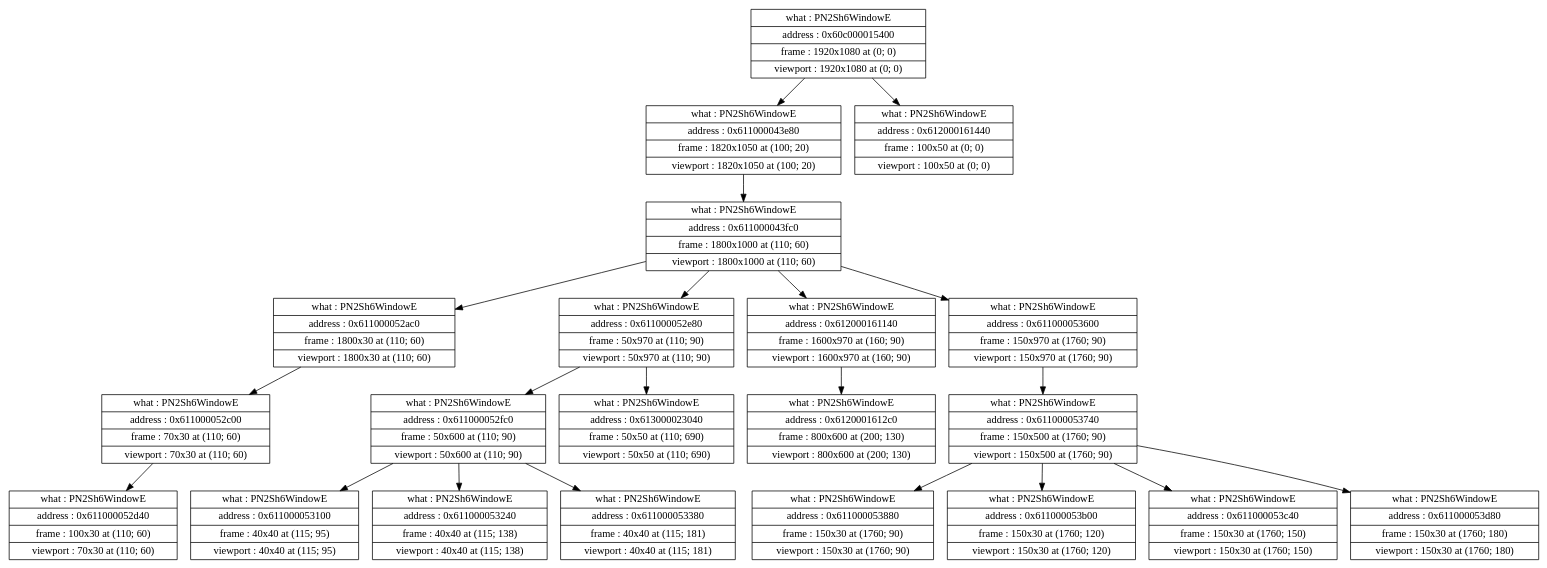
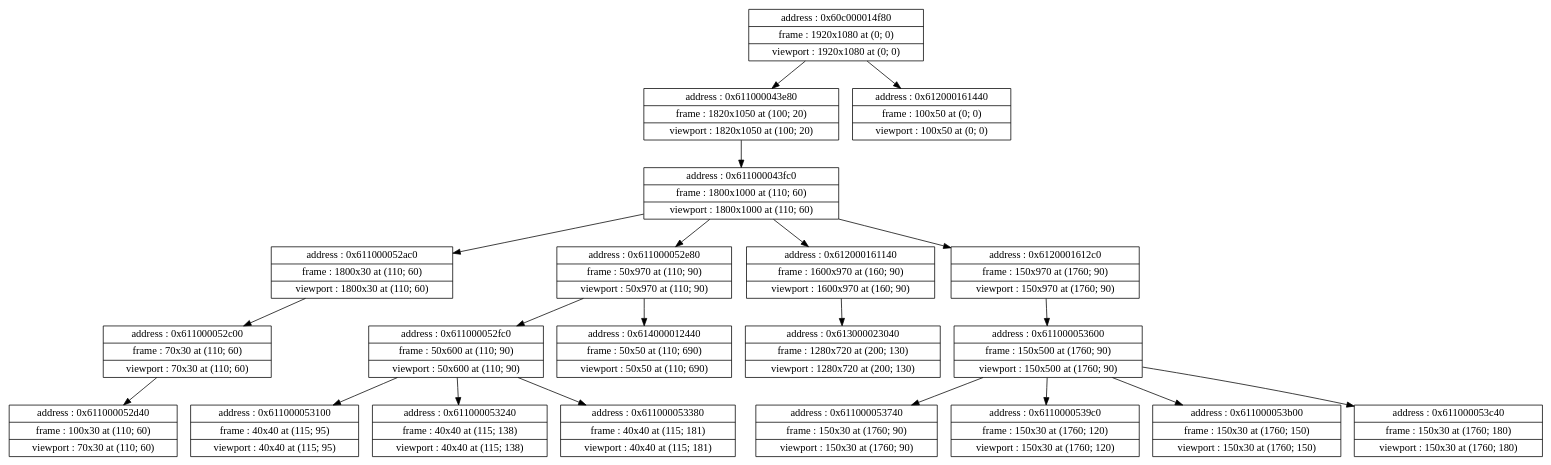
Before and after one commit to Shishqa/YAGE: the diagram in assets/layout.dot, drawn with Graphviz. The commit also changed 8 other files, not shown here.

```diff
--- a/assets/layout.dot
+++ b/assets/layout.dot
@@ -1,65 +1,65 @@
 digraph {
 	node [shape=record]
-	node0x60c000015400 [label = "{what : PN2Sh6WindowE |address : 0x60c000015400 |frame : 1920x1080 at (0; 0) |viewport : 1920x1080 at (0; 0)}"];
+	node0x60c000014f80 [label = "{address : 0x60c000014f80 |frame : 1920x1080 at (0; 0) |viewport : 1920x1080 at (0; 0)}"];
 
-	 node0x60c000015400 -> node0x611000043e80 [color=black];
-	node0x611000043e80 [label = "{what : PN2Sh6WindowE |address : 0x611000043e80 |frame : 1820x1050 at (100; 20) |viewport : 1820x1050 at (100; 20)}"];
+	 node0x60c000014f80 -> node0x611000043e80 [color=black];
+	node0x611000043e80 [label = "{address : 0x611000043e80 |frame : 1820x1050 at (100; 20) |viewport : 1820x1050 at (100; 20)}"];
 
 	 node0x611000043e80 -> node0x611000043fc0 [color=black];
-	node0x611000043fc0 [label = "{what : PN2Sh6WindowE |address : 0x611000043fc0 |frame : 1800x1000 at (110; 60) |viewport : 1800x1000 at (110; 60)}"];
+	node0x611000043fc0 [label = "{address : 0x611000043fc0 |frame : 1800x1000 at (110; 60) |viewport : 1800x1000 at (110; 60)}"];
 
 	 node0x611000043fc0 -> node0x611000052ac0 [color=black];
-	node0x611000052ac0 [label = "{what : PN2Sh6WindowE |address : 0x611000052ac0 |frame : 1800x30 at (110; 60) |viewport : 1800x30 at (110; 60)}"];
+	node0x611000052ac0 [label = "{address : 0x611000052ac0 |frame : 1800x30 at (110; 60) |viewport : 1800x30 at (110; 60)}"];
 
 	 node0x611000052ac0 -> node0x611000052c00 [color=black];
-	node0x611000052c00 [label = "{what : PN2Sh6WindowE |address : 0x611000052c00 |frame : 70x30 at (110; 60) |viewport : 70x30 at (110; 60)}"];
+	node0x611000052c00 [label = "{address : 0x611000052c00 |frame : 70x30 at (110; 60) |viewport : 70x30 at (110; 60)}"];
 
 	 node0x611000052c00 -> node0x611000052d40 [color=black];
-	node0x611000052d40 [label = "{what : PN2Sh6WindowE |address : 0x611000052d40 |frame : 100x30 at (110; 60) |viewport : 70x30 at (110; 60)}"];
+	node0x611000052d40 [label = "{address : 0x611000052d40 |frame : 100x30 at (110; 60) |viewport : 70x30 at (110; 60)}"];
 
 	 node0x611000043fc0 -> node0x611000052e80 [color=black];
-	node0x611000052e80 [label = "{what : PN2Sh6WindowE |address : 0x611000052e80 |frame : 50x970 at (110; 90) |viewport : 50x970 at (110; 90)}"];
+	node0x611000052e80 [label = "{address : 0x611000052e80 |frame : 50x970 at (110; 90) |viewport : 50x970 at (110; 90)}"];
 
 	 node0x611000052e80 -> node0x611000052fc0 [color=black];
-	node0x611000052fc0 [label = "{what : PN2Sh6WindowE |address : 0x611000052fc0 |frame : 50x600 at (110; 90) |viewport : 50x600 at (110; 90)}"];
+	node0x611000052fc0 [label = "{address : 0x611000052fc0 |frame : 50x600 at (110; 90) |viewport : 50x600 at (110; 90)}"];
 
 	 node0x611000052fc0 -> node0x611000053100 [color=black];
-	node0x611000053100 [label = "{what : PN2Sh6WindowE |address : 0x611000053100 |frame : 40x40 at (115; 95) |viewport : 40x40 at (115; 95)}"];
+	node0x611000053100 [label = "{address : 0x611000053100 |frame : 40x40 at (115; 95) |viewport : 40x40 at (115; 95)}"];
 
 	 node0x611000052fc0 -> node0x611000053240 [color=black];
-	node0x611000053240 [label = "{what : PN2Sh6WindowE |address : 0x611000053240 |frame : 40x40 at (115; 138) |viewport : 40x40 at (115; 138)}"];
+	node0x611000053240 [label = "{address : 0x611000053240 |frame : 40x40 at (115; 138) |viewport : 40x40 at (115; 138)}"];
 
 	 node0x611000052fc0 -> node0x611000053380 [color=black];
-	node0x611000053380 [label = "{what : PN2Sh6WindowE |address : 0x611000053380 |frame : 40x40 at (115; 181) |viewport : 40x40 at (115; 181)}"];
+	node0x611000053380 [label = "{address : 0x611000053380 |frame : 40x40 at (115; 181) |viewport : 40x40 at (115; 181)}"];
 
-	 node0x611000052e80 -> node0x613000023040 [color=black];
-	node0x613000023040 [label = "{what : PN2Sh6WindowE |address : 0x613000023040 |frame : 50x50 at (110; 690) |viewport : 50x50 at (110; 690)}"];
+	 node0x611000052e80 -> node0x614000012440 [color=black];
+	node0x614000012440 [label = "{address : 0x614000012440 |frame : 50x50 at (110; 690) |viewport : 50x50 at (110; 690)}"];
 
 	 node0x611000043fc0 -> node0x612000161140 [color=black];
-	node0x612000161140 [label = "{what : PN2Sh6WindowE |address : 0x612000161140 |frame : 1600x970 at (160; 90) |viewport : 1600x970 at (160; 90)}"];
+	node0x612000161140 [label = "{address : 0x612000161140 |frame : 1600x970 at (160; 90) |viewport : 1600x970 at (160; 90)}"];
 
-	 node0x612000161140 -> node0x6120001612c0 [color=black];
-	node0x6120001612c0 [label = "{what : PN2Sh6WindowE |address : 0x6120001612c0 |frame : 800x600 at (200; 130) |viewport : 800x600 at (200; 130)}"];
+	 node0x612000161140 -> node0x613000023040 [color=black];
+	node0x613000023040 [label = "{address : 0x613000023040 |frame : 1280x720 at (200; 130) |viewport : 1280x720 at (200; 130)}"];
 
-	 node0x611000043fc0 -> node0x611000053600 [color=black];
-	node0x611000053600 [label = "{what : PN2Sh6WindowE |address : 0x611000053600 |frame : 150x970 at (1760; 90) |viewport : 150x970 at (1760; 90)}"];
+	 node0x611000043fc0 -> node0x6120001612c0 [color=black];
+	node0x6120001612c0 [label = "{address : 0x6120001612c0 |frame : 150x970 at (1760; 90) |viewport : 150x970 at (1760; 90)}"];
+
+	 node0x6120001612c0 -> node0x611000053600 [color=black];
+	node0x611000053600 [label = "{address : 0x611000053600 |frame : 150x500 at (1760; 90) |viewport : 150x500 at (1760; 90)}"];
 
 	 node0x611000053600 -> node0x611000053740 [color=black];
-	node0x611000053740 [label = "{what : PN2Sh6WindowE |address : 0x611000053740 |frame : 150x500 at (1760; 90) |viewport : 150x500 at (1760; 90)}"];
+	node0x611000053740 [label = "{address : 0x611000053740 |frame : 150x30 at (1760; 90) |viewport : 150x30 at (1760; 90)}"];
 
-	 node0x611000053740 -> node0x611000053880 [color=black];
-	node0x611000053880 [label = "{what : PN2Sh6WindowE |address : 0x611000053880 |frame : 150x30 at (1760; 90) |viewport : 150x30 at (1760; 90)}"];
+	 node0x611000053600 -> node0x6110000539c0 [color=black];
+	node0x6110000539c0 [label = "{address : 0x6110000539c0 |frame : 150x30 at (1760; 120) |viewport : 150x30 at (1760; 120)}"];
 
-	 node0x611000053740 -> node0x611000053b00 [color=black];
-	node0x611000053b00 [label = "{what : PN2Sh6WindowE |address : 0x611000053b00 |frame : 150x30 at (1760; 120) |viewport : 150x30 at (1760; 120)}"];
+	 node0x611000053600 -> node0x611000053b00 [color=black];
+	node0x611000053b00 [label = "{address : 0x611000053b00 |frame : 150x30 at (1760; 150) |viewport : 150x30 at (1760; 150)}"];
 
-	 node0x611000053740 -> node0x611000053c40 [color=black];
-	node0x611000053c40 [label = "{what : PN2Sh6WindowE |address : 0x611000053c40 |frame : 150x30 at (1760; 150) |viewport : 150x30 at (1760; 150)}"];
+	 node0x611000053600 -> node0x611000053c40 [color=black];
+	node0x611000053c40 [label = "{address : 0x611000053c40 |frame : 150x30 at (1760; 180) |viewport : 150x30 at (1760; 180)}"];
 
-	 node0x611000053740 -> node0x611000053d80 [color=black];
-	node0x611000053d80 [label = "{what : PN2Sh6WindowE |address : 0x611000053d80 |frame : 150x30 at (1760; 180) |viewport : 150x30 at (1760; 180)}"];
-
-	 node0x60c000015400 -> node0x612000161440 [color=black];
-	node0x612000161440 [label = "{what : PN2Sh6WindowE |address : 0x612000161440 |frame : 100x50 at (0; 0) |viewport : 100x50 at (0; 0)}"];
+	 node0x60c000014f80 -> node0x612000161440 [color=black];
+	node0x612000161440 [label = "{address : 0x612000161440 |frame : 100x50 at (0; 0) |viewport : 100x50 at (0; 0)}"];
 
 }
```
